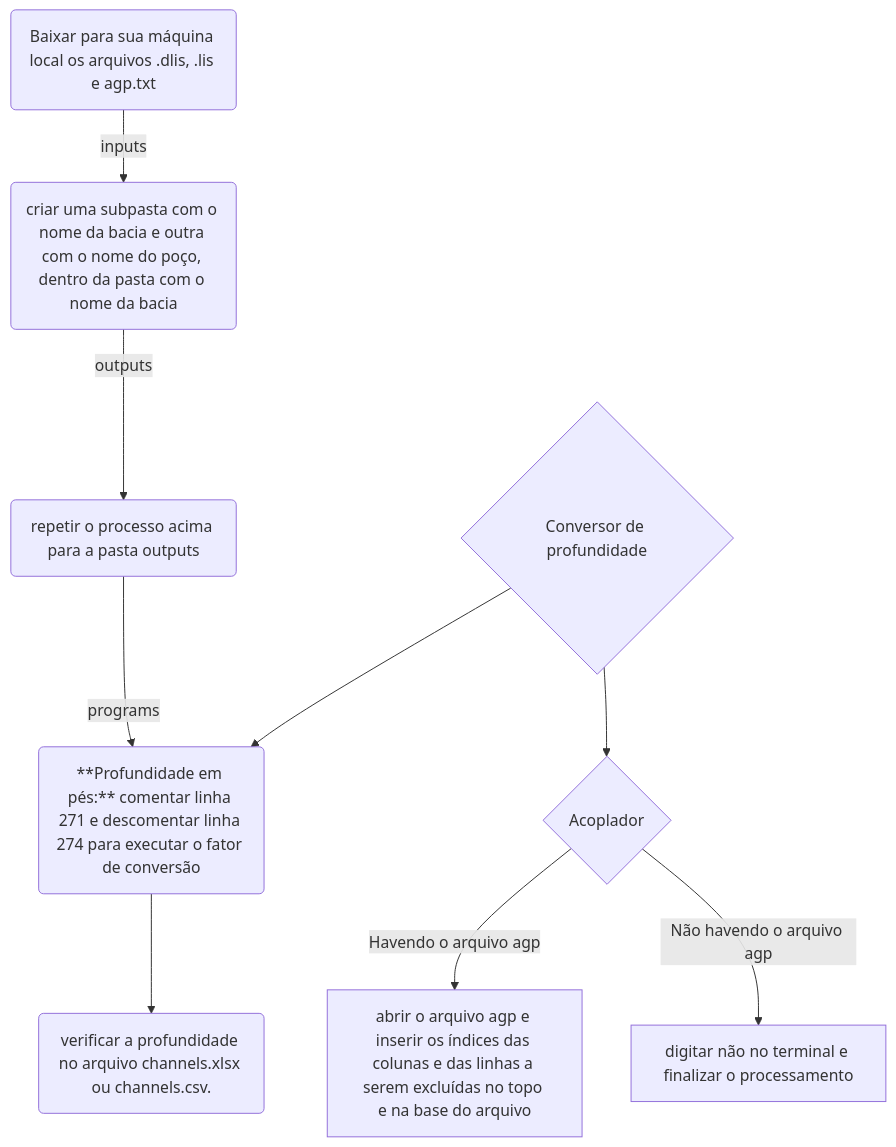
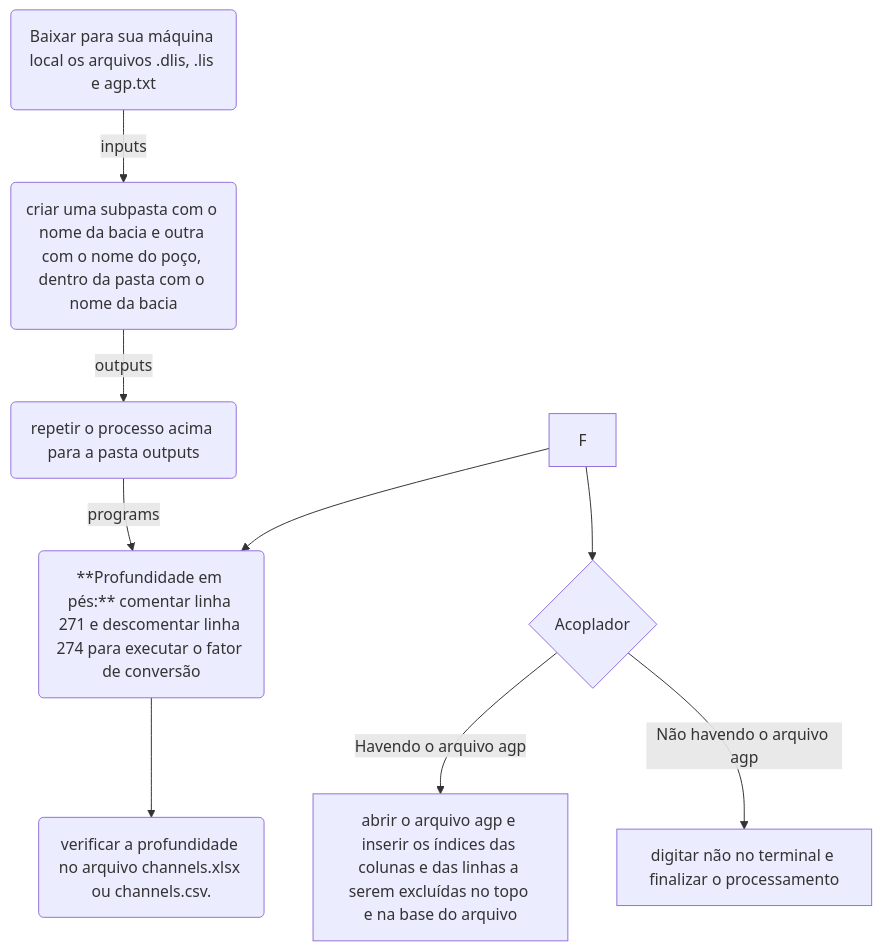
The diagram in README.md (PR-4/Odisseia), drawn with Mermaid before and after one commit.

````diff
--- a/README.md
+++ b/README.md
@@ -18,18 +18,17 @@
 ```mermaid
 flowchart TD
 
 A(Baixar para sua máquina local os arquivos .dlis, .lis e agp.txt) -->|inputs| B(criar uma subpasta com o nome da bacia e outra com o nome do poço, dentro da pasta com o nome da bacia)
     B --> |outputs| C(repetir o processo acima para a pasta outputs)
     C --> |programs| D(executar no terminal o comando python odisseu.py)
     D -->  E(verificar a profundidade no arquivo channels.xlsx ou channels.csv. ) 
-               
-               F{Conversor de profundidade}
+ 
     F --> D(**Profundidade em pés:** comentar linha 271 e descomentar linha 274 para executar o fator de conversão)
     F --> G(**Profundiade em metros:** alimentar a lista propriedades com as propriedades alvo)
 
                G{Acoplador}
    G --> |Havendo o arquivo agp| H[abrir o arquivo agp e inserir os índices das colunas e das linhas a serem excluídas no topo e na base do arquivo]   
    G --> |Não havendo o arquivo agp| I[digitar não no terminal e finalizar o processamento]
 
 
 ```
````
